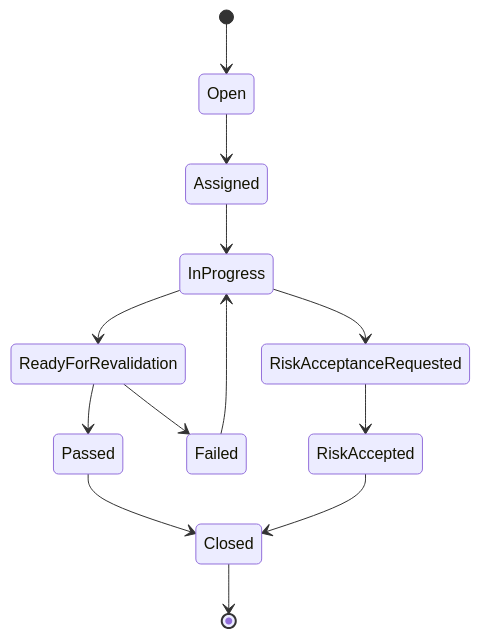
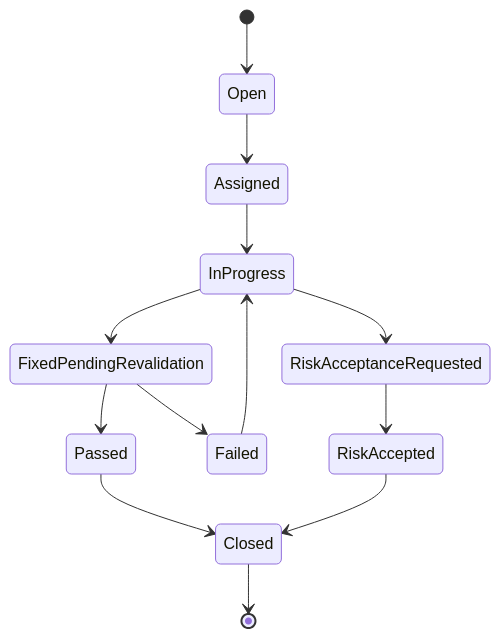
One commit to karimjindani/securetracker changed the sixth of 7 diagrams in docs/architecture.md. Above: the diagram before and after it, drawn with Mermaid. The commit also changed other lines of this file and 3 other files, not shown here.

````diff
--- a/docs/architecture.md
+++ b/docs/architecture.md
@@ -636,15 +650,15 @@
 ```mermaid
 stateDiagram-v2
     [*] --> Open
     Open --> Assigned
     Assigned --> InProgress
-    InProgress --> ReadyForRevalidation
-    ReadyForRevalidation --> Passed
-    ReadyForRevalidation --> Failed
+    InProgress --> FixedPendingRevalidation
+    FixedPendingRevalidation --> Passed
+    FixedPendingRevalidation --> Failed
     Failed --> InProgress
     Passed --> Closed
     InProgress --> RiskAcceptanceRequested
     RiskAcceptanceRequested --> RiskAccepted
     RiskAccepted --> Closed
     Closed --> [*]
 ```
````
